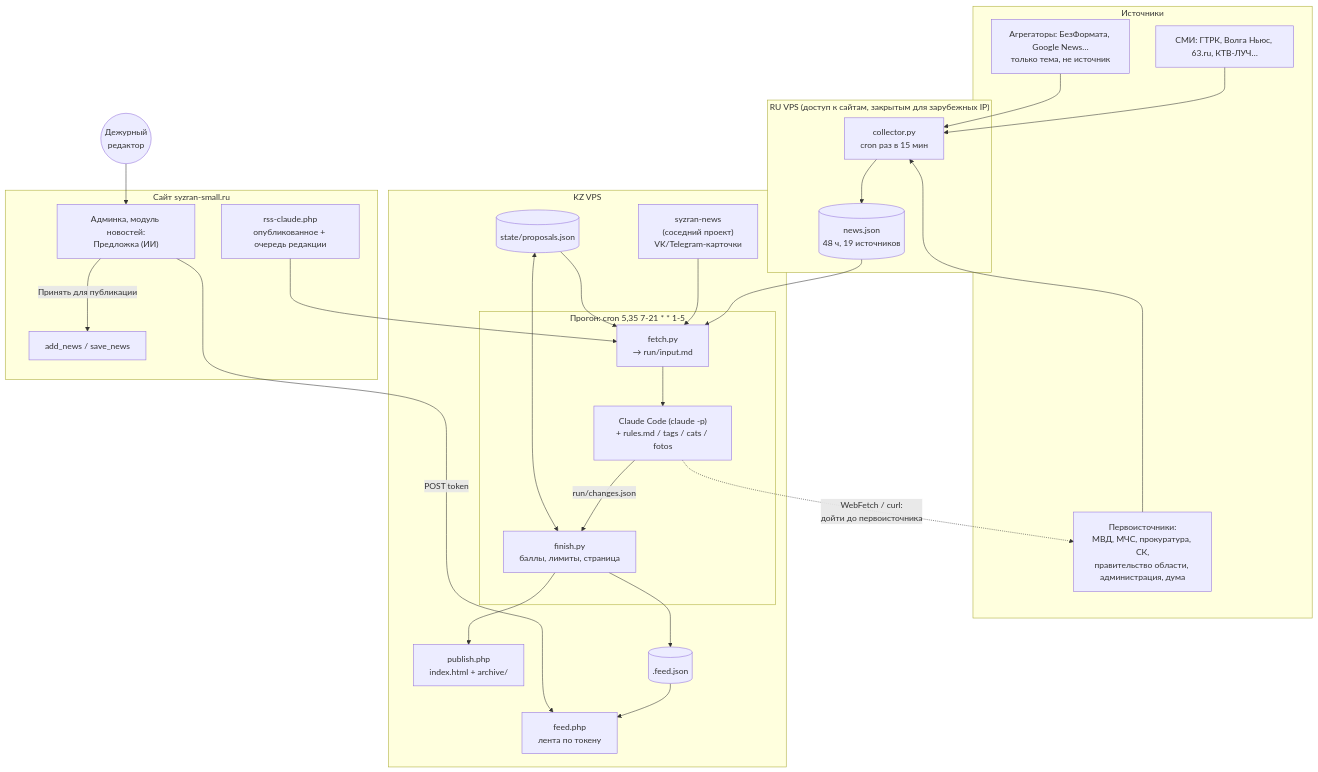
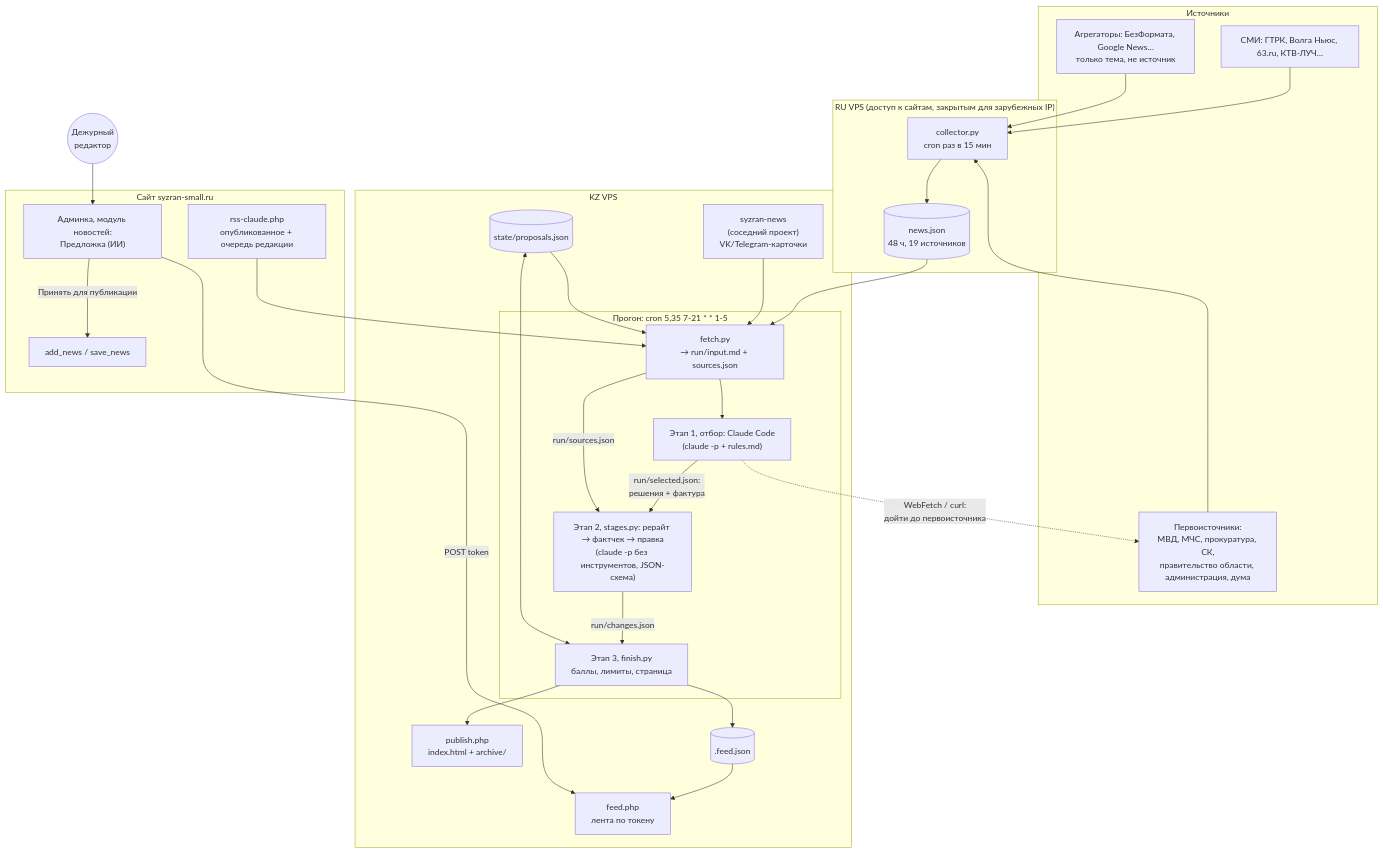
One commit to delffine/ai_editor changed the first of 5 diagrams in README.md. Above: the diagram before and after it, drawn with Mermaid. The commit also changed other lines of this file and 13 other files, not shown here.

First line of the commit message:
Три этапа: отбор → рерайт + фактчек → страница

````diff
--- a/README.md
+++ b/README.md
@@ -53,51 +54,54 @@
 ```mermaid
 flowchart TB
     subgraph RU["RU VPS (доступ к сайтам, закрытым для зарубежных IP)"]
         COL["collector.py<br/>cron раз в 15 мин"]
         NEWS[("news.json<br/>48 ч, 19 источников")]
         COL --> NEWS
     end
 
     subgraph SRC["Источники"]
         PRIM["Первоисточники:<br/>МВД, МЧС, прокуратура, СК,<br/>правительство области, администрация, дума"]
         MEDIA["СМИ: ГТРК, Волга Ньюс, 63.ru, КТВ-ЛУЧ…"]
         AGG["Агрегаторы: БезФормата, Google News…<br/>только тема, не источник"]
     end
 
     subgraph KZ["KZ VPS"]
         SN["syzran-news<br/>(соседний проект)<br/>VK/Telegram-карточки"]
         subgraph RUN["Прогон: cron 5,35 7-21 * * 1-5"]
-            FETCH["fetch.py<br/>→ run/input.md"]
-            CC["Claude Code (claude -p)<br/>+ rules.md / tags / cats / fotos"]
-            FIN["finish.py<br/>баллы, лимиты, страница"]
+            FETCH["fetch.py<br/>→ run/input.md + sources.json"]
+            CC["Этап 1, отбор: Claude Code<br/>(claude -p + rules.md)"]
+            ST["Этап 2, stages.py: рерайт → фактчек → правка<br/>(claude -p без инструментов, JSON-схема)"]
+            FIN["Этап 3, finish.py<br/>баллы, лимиты, страница"]
         end
         STATE[("state/proposals.json")]
         PUBPHP["publish.php<br/>index.html + archive/"]
         FEED[(".feed.json")]
         FEEDPHP["feed.php<br/>лента по токену"]
     end
 
     subgraph SITE["Сайт syzran-small.ru"]
         RSS["rss-claude.php<br/>опубликованное + очередь редакции"]
         ADMIN["Админка, модуль новостей:<br/>Предложка (ИИ)"]
         ADD["add_news / save_news"]
     end
 
     ED(("Дежурный<br/>редактор"))
 
     PRIM & MEDIA & AGG --> COL
     NEWS --> FETCH
     SN --> FETCH
     RSS --> FETCH
     STATE --> FETCH
     FETCH --> CC
     CC -. "WebFetch / curl:<br/>дойти до первоисточника" .-> PRIM
-    CC -- "run/changes.json" --> FIN
+    CC -- "run/selected.json:<br/>решения + фактура" --> ST
+    FETCH -- "run/sources.json" --> ST
+    ST -- "run/changes.json" --> FIN
     STATE <--> FIN
     FIN --> PUBPHP
     FIN --> FEED
     FEED --> FEEDPHP
     ADMIN -- "POST token" --> FEEDPHP
     ED --> ADMIN
     ADMIN -- "Принять для публикации" --> ADD
 ```
````
